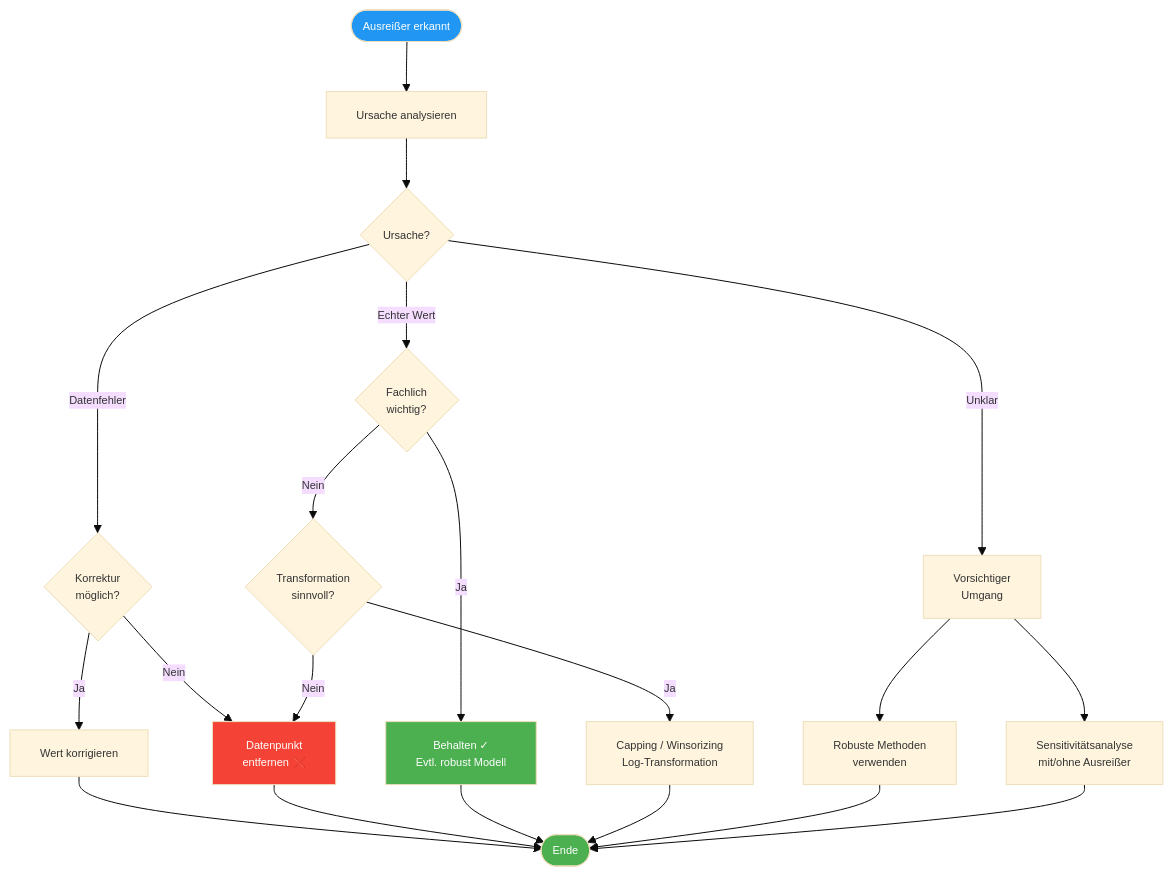
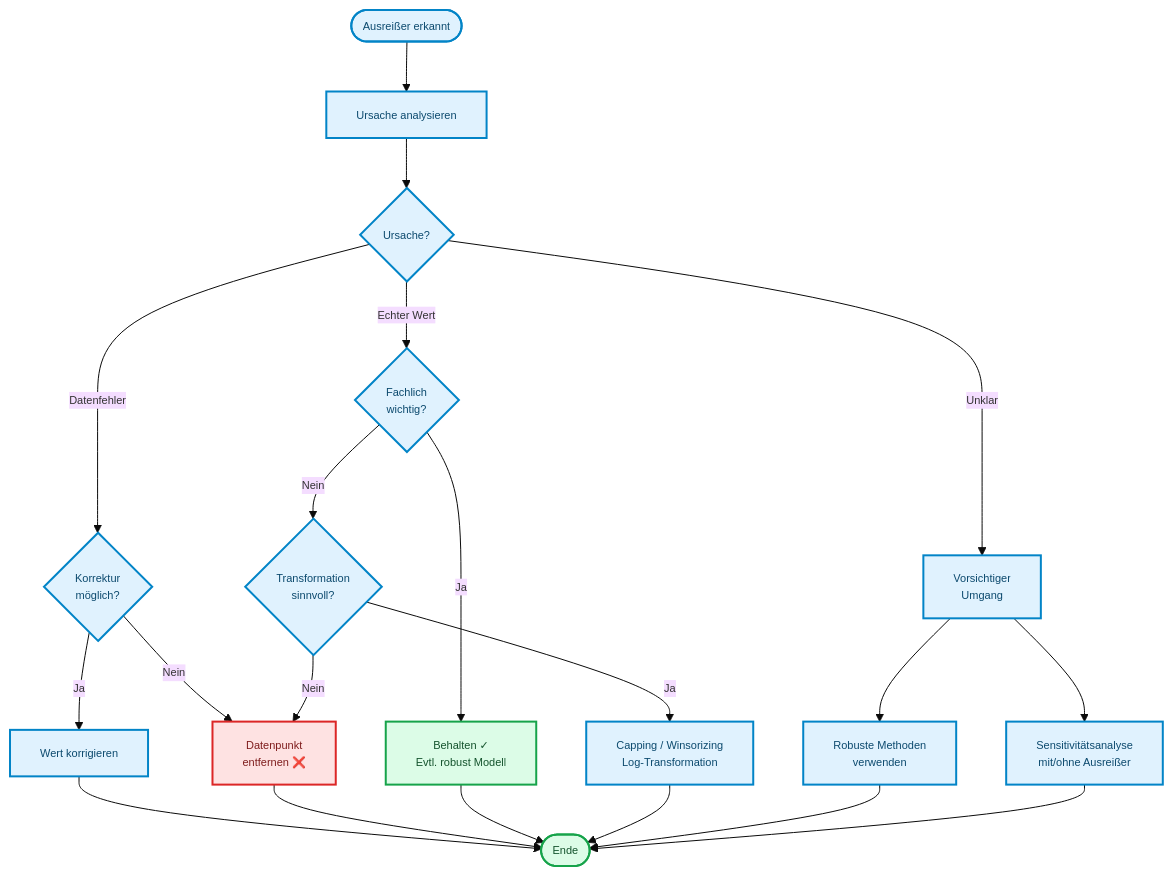
The second of 7 diagrams in docs/concepts/prepare/outlier.md (ralf-42/ML_Intro), drawn with Mermaid before and after one commit. The commit also changed other lines of this file and 67 other files, not shown here.

````diff
--- a/docs/concepts/prepare/outlier.md
+++ b/docs/concepts/prepare/outlier.md
@@ -64,35 +62,36 @@
 ```mermaid
 %%{init: {'theme': 'base', 'themeVariables': {'fontSize': '11px'}}}%%
 flowchart TD
     start([Ausreißer erkannt]) --> analyse["Ursache analysieren"]
 
     analyse --> ursache{Ursache?}
 
     ursache -->|"Datenfehler"| korrigieren{"Korrektur<br/>möglich?"}
     ursache -->|"Echter Wert"| wichtig{"Fachlich<br/>wichtig?"}
     ursache -->|"Unklar"| vorsicht["Vorsichtiger<br/>Umgang"]
 
     korrigieren -->|"Ja"| fix["Wert korrigieren"]
     korrigieren -->|"Nein"| remove["Datenpunkt<br/>entfernen ❌"]
 
     wichtig -->|"Ja"| behalten["Behalten ✓<br/>Evtl. robust Modell"]
     wichtig -->|"Nein"| transform{"Transformation<br/>sinnvoll?"}
 
     transform -->|"Ja"| trans_methods["Capping / Winsorizing<br/>Log-Transformation"]
     transform -->|"Nein"| remove
 
     vorsicht --> robust["Robuste Methoden<br/>verwenden"]
     vorsicht --> sensitivity["Sensitivitätsanalyse<br/>mit/ohne Ausreißer"]
 
     fix --> ende([Ende])
     remove --> ende
     behalten --> ende
     trans_methods --> ende
     robust --> ende
     sensitivity --> ende
 
-    style start fill:#2196F3,color:#fff
-    style ende fill:#4CAF50,color:#fff
-    style remove fill:#f44336,color:#fff
-    style behalten fill:#4CAF50,color:#fff
+classDef default fill:#e0f2fe,stroke:#0284c7,stroke-width:2px,color:#0c4a6e;
+classDef output fill:#dcfce7,stroke:#16a34a,stroke-width:2px,color:#14532d;
+classDef stop fill:#fee2e2,stroke:#dc2626,stroke-width:2px,color:#7f1d1d;
+class ende,behalten output;
+class remove stop;
 ```
````
